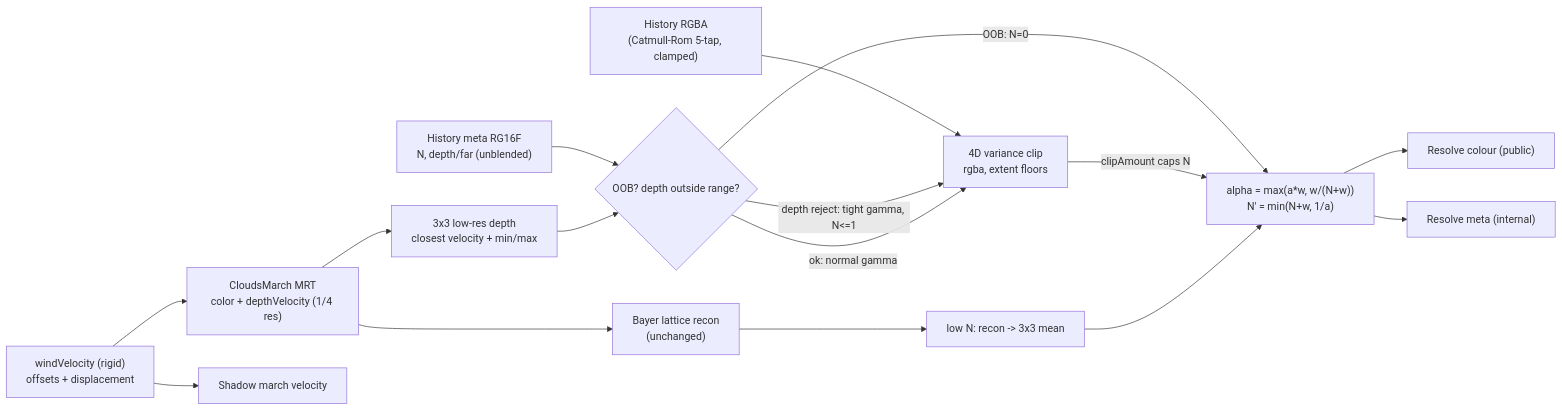
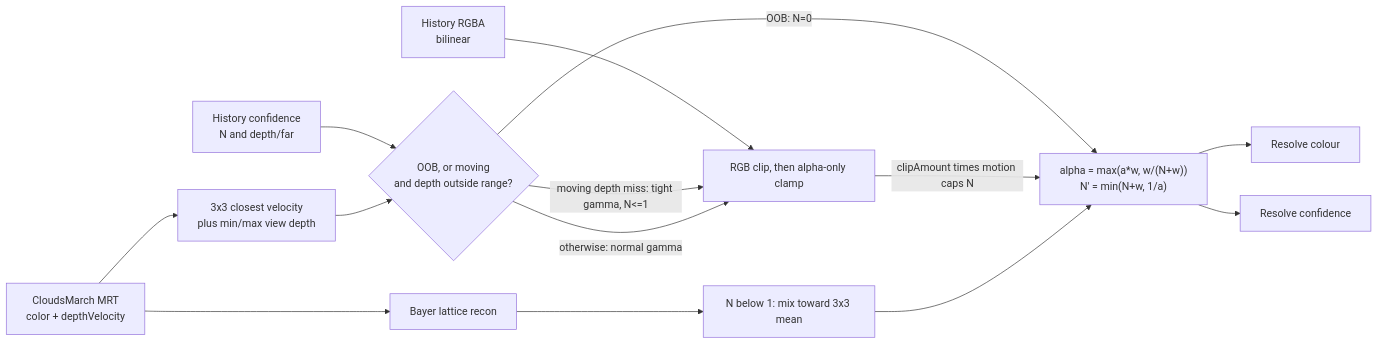
The diagram in .cursor/plans/clouds_taau_ghosting_reduction_350ac115.plan.md (MogensenJesse/three-geospatial), drawn with Mermaid before and after one commit. The commit also changed other lines of this file and 5 other files, not shown here.

First line of the commit message:
Expose temporalUpscaleAlpha; reset march on debug change

````diff
--- a/.cursor/plans/clouds_taau_ghosting_reduction_350ac115.plan.md
+++ b/.cursor/plans/clouds_taau_ghosting_reduction_350ac115.plan.md
@@ -67,18 +36,16 @@
 ```mermaid
 flowchart LR
-  wind["windVelocity (rigid)<br/>offsets + displacement"] --> march["CloudsMarch MRT<br/>color + depthVelocity (1/4 res)"]
-  wind --> shadowMarch["Shadow march velocity"]
-  march --> recon["Bayer lattice recon<br/>(unchanged)"]
-  march --> depth3x3["3x3 low-res depth<br/>closest velocity + min/max"]
-  histC["History RGBA<br/>(Catmull-Rom 5-tap, clamped)"] --> clip
-  histM["History meta RG16F<br/>N, depth/far (unblended)"] --> reject{"OOB? depth outside range?"}
+  march["CloudsMarch MRT<br/>color + depthVelocity"] --> recon["Bayer lattice recon"]
+  march --> depth3x3["3x3 closest velocity<br/>plus min/max view depth"]
+  histC["History RGBA<br/>bilinear"] --> clip["RGB clip, then alpha-only clamp"]
+  histM["History confidence<br/>N and depth/far"] --> reject{"OOB, or moving<br/>and depth outside range?"}
   depth3x3 --> reject
   reject -->|"OOB: N=0"| blend
-  reject -->|"depth reject: tight gamma, N<=1"| clip["4D variance clip<br/>rgba, extent floors"]
-  reject -->|"ok: normal gamma"| clip
-  clip -->|"clipAmount caps N"| blend["alpha = max(a*w, w/(N+w))<br/>N' = min(N+w, 1/a)"]
-  recon --> fallback["low N: recon -> 3x3 mean"]
+  reject -->|"moving depth miss: tight gamma, N<=1"| clip
+  reject -->|"otherwise: normal gamma"| clip
+  clip -->|"clipAmount times motion caps N"| blend["alpha = max(a*w, w/(N+w))<br/>N' = min(N+w, 1/a)"]
+  recon --> fallback["N below 1: mix toward 3x3 mean"]
   fallback --> blend
-  blend --> outC["Resolve colour (public)"]
-  blend --> outM["Resolve meta (internal)"]
+  blend --> outC["Resolve colour"]
+  blend --> outM["Resolve confidence"]
 ```
````
